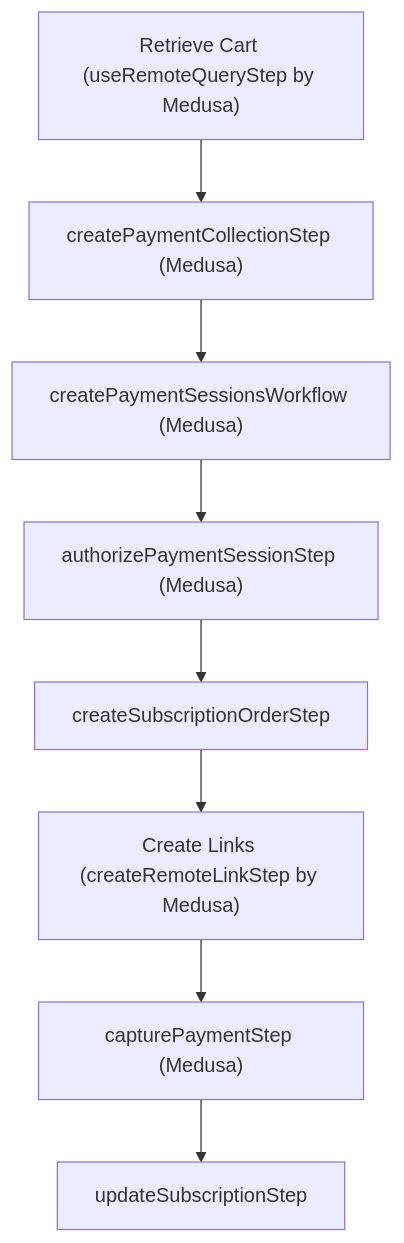
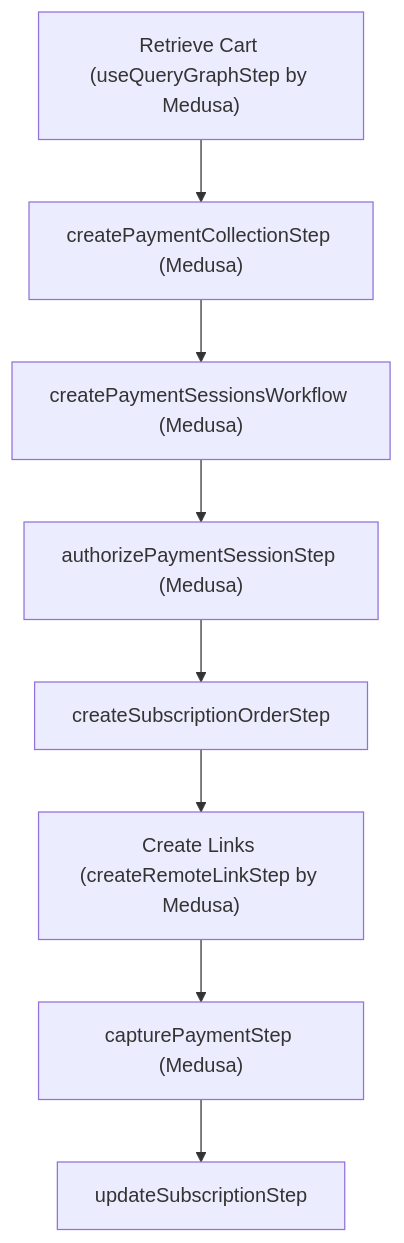
The diagram in www/apps/resources/app/recipes/subscriptions/examples/standard/page.mdx (zaaakher/medusa), drawn with Mermaid before and after one commit. The commit also changed other lines of this file and 16 other files, not shown here.

First line of the commit message:
docs: change useRemoteQueryStep to useQueryGraphStep (#10051)

````diff
--- a/www/apps/resources/app/recipes/subscriptions/examples/standard/page.mdx
+++ b/www/apps/resources/app/recipes/subscriptions/examples/standard/page.mdx
@@ -1479,10 +1478,10 @@
 ```mermaid
 graph TD
-  useRemoteQueryStep["Retrieve Cart (useRemoteQueryStep by Medusa)"] --> createPaymentCollectionStep["createPaymentCollectionStep (Medusa)"]
+  useQueryGraphStep["Retrieve Cart (useQueryGraphStep by Medusa)"] --> createPaymentCollectionStep["createPaymentCollectionStep (Medusa)"]
   createPaymentCollectionStep["createPaymentCollectionStep (Medusa)"] --> createPaymentSessionsWorkflow["createPaymentSessionsWorkflow (Medusa)"]
   createPaymentSessionsWorkflow["createPaymentSessionsWorkflow (Medusa)"] --> authorizePaymentSessionStep["authorizePaymentSessionStep (Medusa)"]
   authorizePaymentSessionStep["authorizePaymentSessionStep (Medusa)"] --> createSubscriptionOrderStep
   createSubscriptionOrderStep --> createRemoteLinkStep["Create Links (createRemoteLinkStep by Medusa)"]
   createRemoteLinkStep["Create Links (createRemoteLinkStep by Medusa)"] --> capturePaymentStep["capturePaymentStep (Medusa)"]
   capturePaymentStep["capturePaymentStep (Medusa)"] --> updateSubscriptionStep
 ```
````
